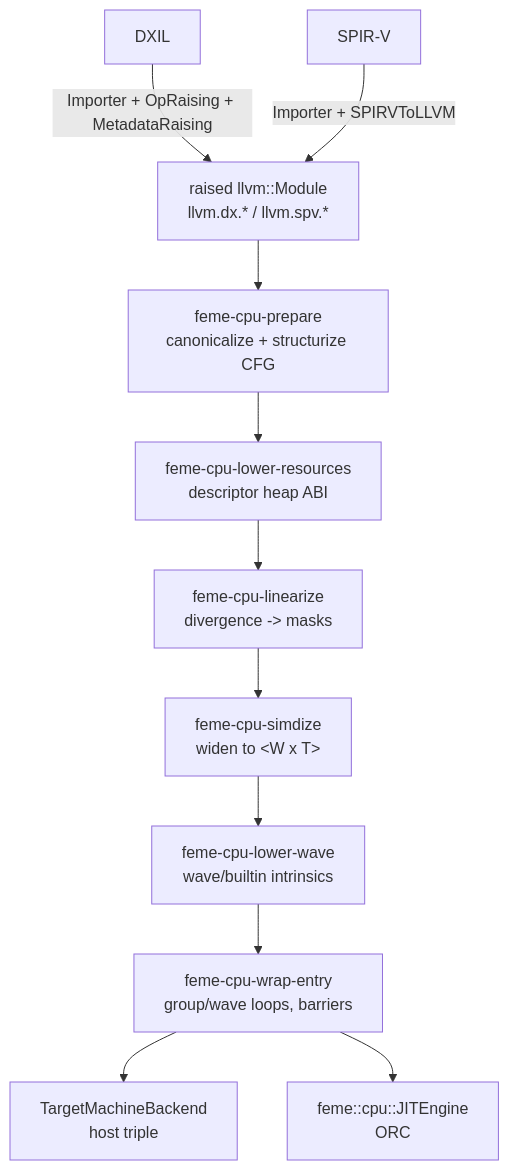
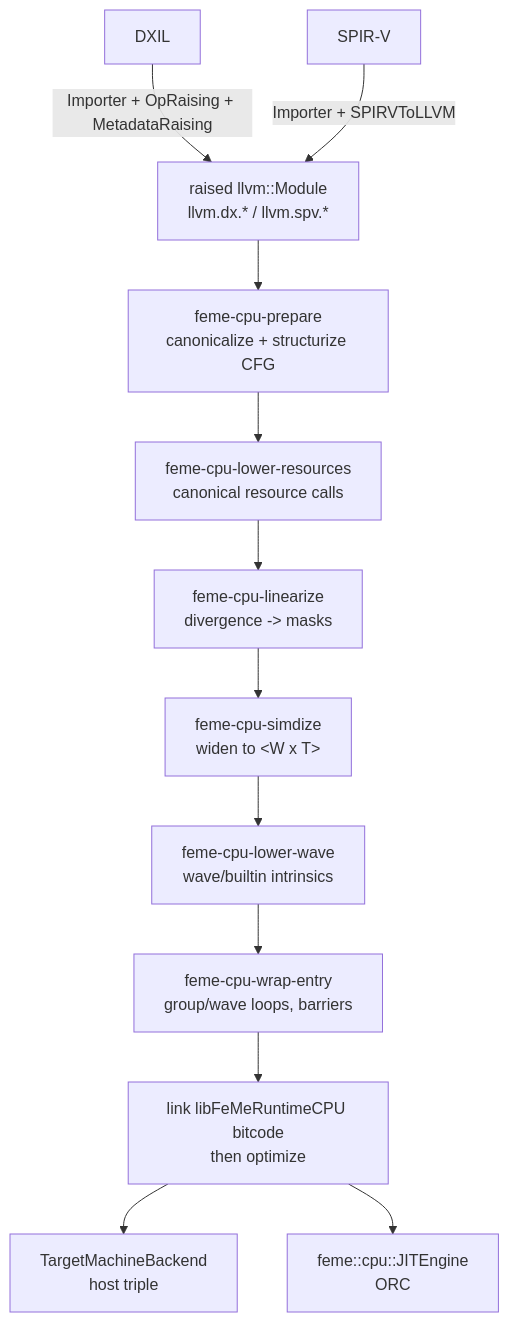
The diagram in feme/docs/FeMeCPUDesign.md (llvm-beanz/llvm-project), drawn with Mermaid before and after one commit. The commit also changed other lines of this file, not shown here.

````diff
--- a/feme/docs/FeMeCPUDesign.md
+++ b/feme/docs/FeMeCPUDesign.md
@@ -269,13 +269,14 @@
 ```mermaid
 flowchart TD
     DXIL[DXIL] -- Importer + OpRaising + MetadataRaising --> R[raised llvm::Module<br/>llvm.dx.* / llvm.spv.*]
     SPV[SPIR-V] -- Importer + SPIRVToLLVM --> R
     R --> P1[feme-cpu-prepare<br/>canonicalize + structurize CFG]
-    P1 --> P2[feme-cpu-lower-resources<br/>descriptor heap ABI]
+    P1 --> P2[feme-cpu-lower-resources<br/>canonical resource calls]
     P2 --> P3[feme-cpu-linearize<br/>divergence -> masks]
     P3 --> P4[feme-cpu-simdize<br/>widen to &lt;W x T&gt;]
     P4 --> P5[feme-cpu-lower-wave<br/>wave/builtin intrinsics]
     P5 --> P6[feme-cpu-wrap-entry<br/>group/wave loops, barriers]
-    P6 --> TM[TargetMachineBackend<br/>host triple]
-    P6 --> JIT[feme::cpu::JITEngine<br/>ORC]
+    P6 --> RL[link libFeMeRuntimeCPU bitcode<br/>then optimize]
+    RL --> TM[TargetMachineBackend<br/>host triple]
+    RL --> JIT[feme::cpu::JITEngine<br/>ORC]
 ```
````
